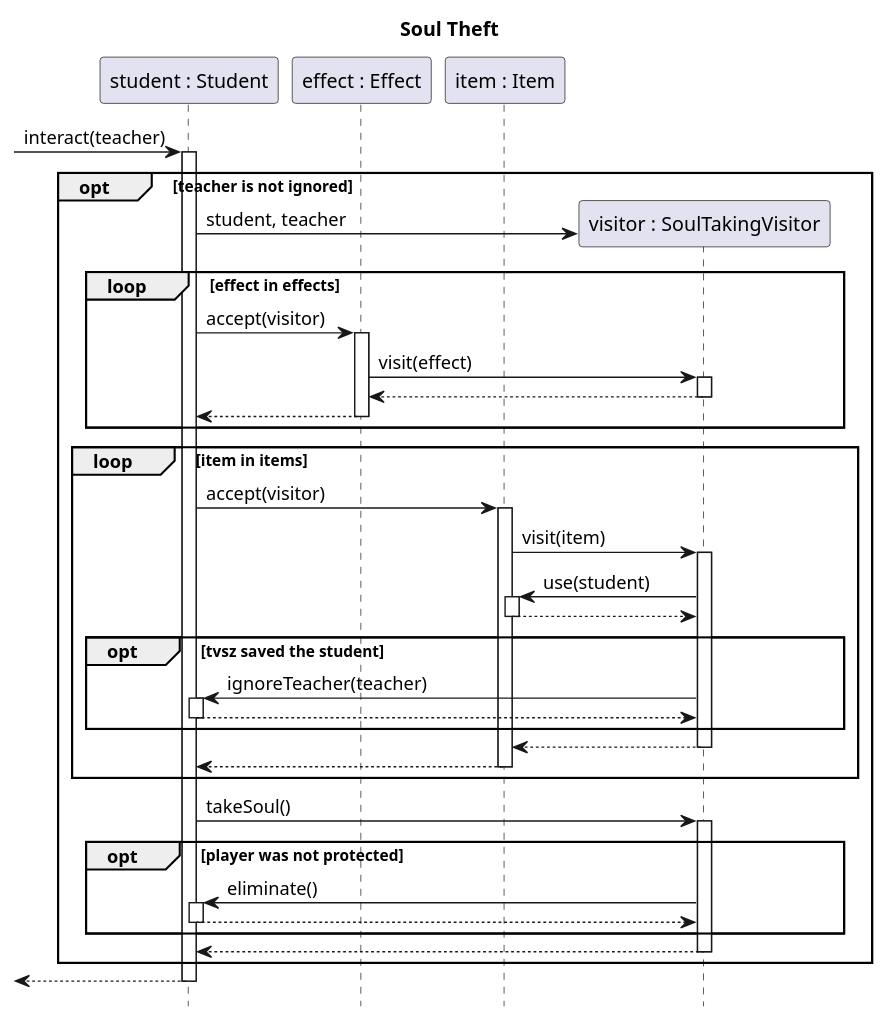
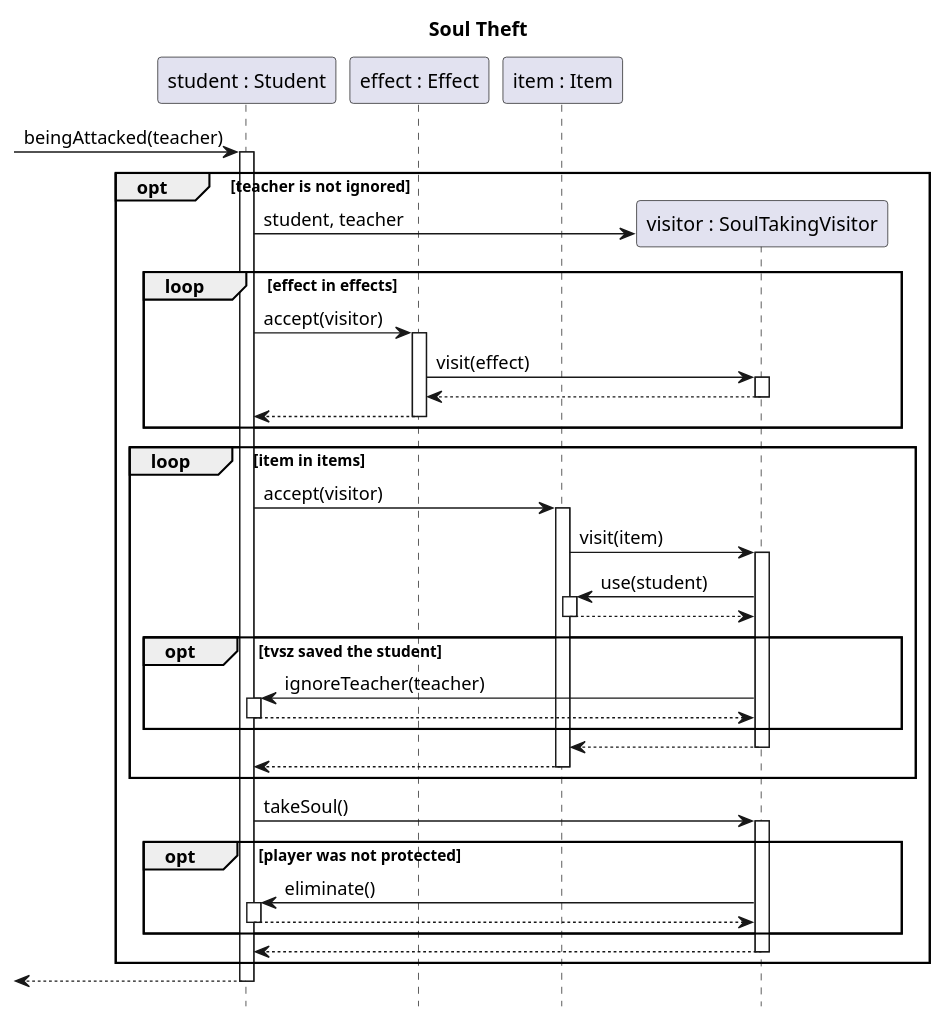
The diagram in docs/diagrams/sequence/soul-theft.puml (sn4k3ch4rm3r/logarlec), drawn with PlantUML before and after one commit. The commit also changed 4 other files, not shown here.

Commit message:
Added attacking sequence & updates

```diff
--- a/docs/diagrams/sequence/soul-theft.puml
+++ b/docs/diagrams/sequence/soul-theft.puml
@@ -1,41 +1,41 @@
 @startuml soul-theft
 title Soul Theft
 hide footbox
 
 participant "student : Student" as s
 participant "effect : Effect" as e
 participant "item : Item" as i
 
-[-> s ++ : interact(teacher)
+[-> s ++ : beingAttacked(teacher)
 opt teacher is not ignored
 	create "visitor : SoulTakingVisitor" as v
 	s -> v : student, teacher
 	loop effect in effects
 		s -> e ++: accept(visitor)
 		e -> v ++: visit(effect)
 		v --> e --
 		e --> s --
 	end
 	loop item in items
 		s -> i ++: accept(visitor)
 		i -> v ++: visit(item)
 		v -> i ++: use(student)
 		i --> v --
 		opt tvsz saved the student
 			v -> s ++ : ignoreTeacher(teacher)
 			s --> v --
 		end
 		v --> i --
 		i --> s --
 	end
 
 	s -> v ++: takeSoul()
 	opt player was not protected
 	v -> s ++: eliminate()
 	s --> v --
 	end 
 	v --> s --
 end
 [<-- s --
 
 @enduml
```
